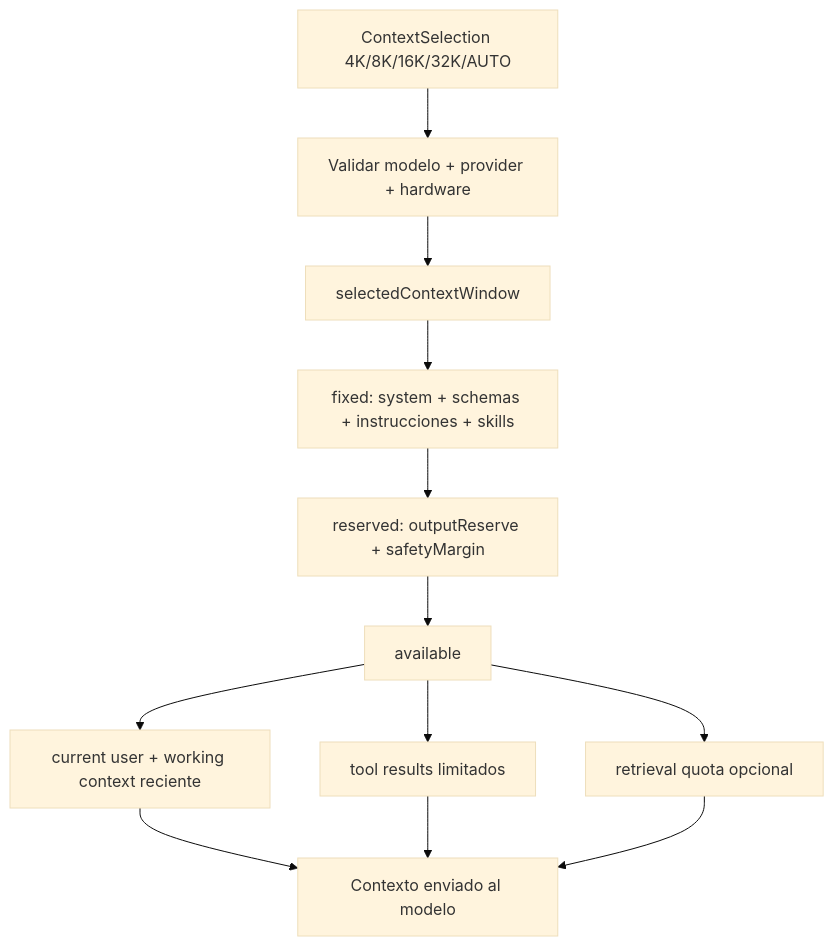
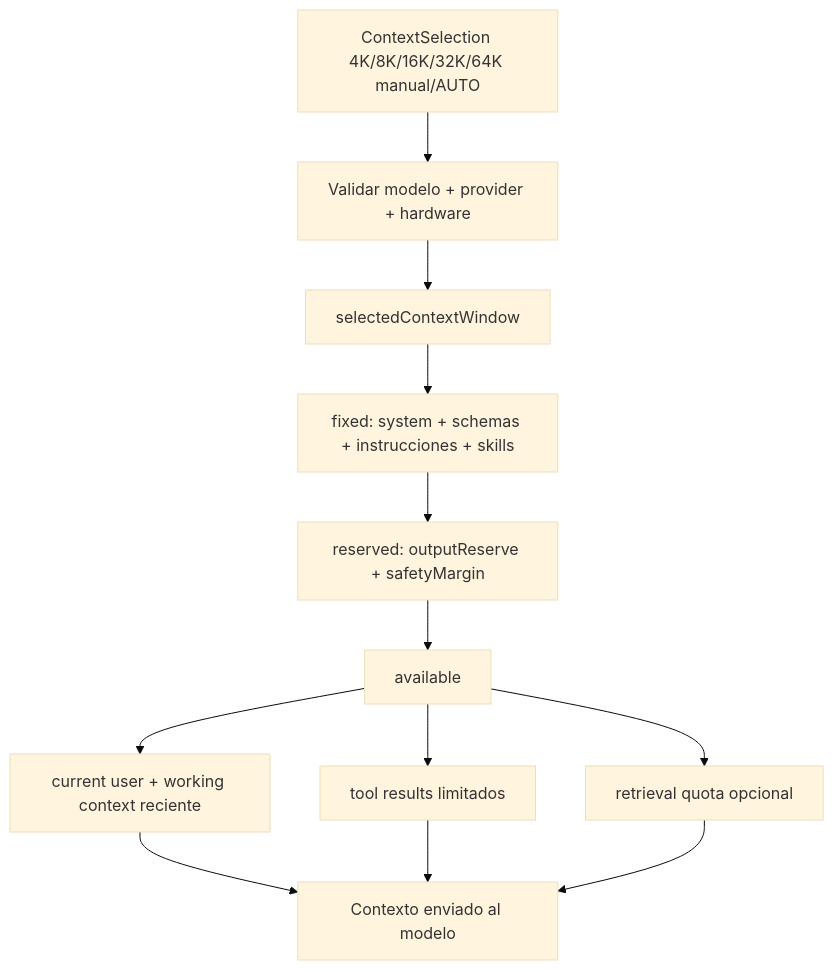
The seventh of 10 diagrams in docs/architecture/NOVA_CORE_ARQUITECTURA_V1.md (j-hernandez-dev/nova-assistant), drawn with Mermaid (base theme) before and after one commit. The commit also changed other lines of this file and 703 other files, not shown here.

````diff
--- a/docs/architecture/NOVA_CORE_ARQUITECTURA_V1.md
+++ b/docs/architecture/NOVA_CORE_ARQUITECTURA_V1.md
@@ -388,14 +388,14 @@
 ```mermaid
 flowchart TD
-  S[ContextSelection 4K/8K/16K/32K/AUTO] --> V[Validar modelo + provider + hardware]
+  S[ContextSelection 4K/8K/16K/32K/64K manual/AUTO] --> V[Validar modelo + provider + hardware]
   V --> W[selectedContextWindow]
   W --> F[fixed: system + schemas + instrucciones + skills]
   F --> R[reserved: outputReserve + safetyMargin]
   R --> A[available]
   A --> C[current user + working context reciente]
   A --> T[tool results limitados]
   A --> G[retrieval quota opcional]
   C --> M[Contexto enviado al modelo]
   T --> M
   G --> M
 ```
````
